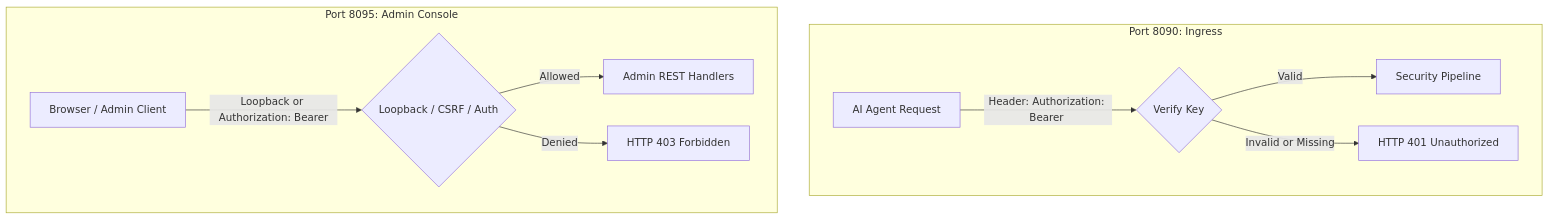
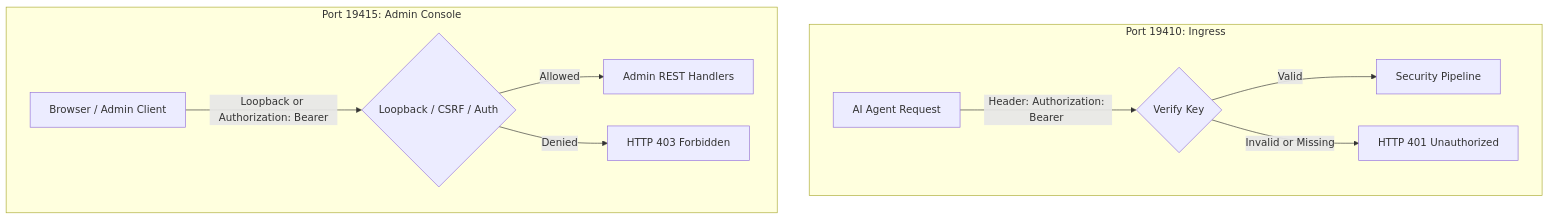
The diagram in docs/06-api-reference/overview.md (FaradAiLab/FaradAiWire), drawn with Mermaid before and after one commit. The commit also changed other lines of this file and 72 other files, not shown here.

````diff
--- a/docs/06-api-reference/overview.md
+++ b/docs/06-api-reference/overview.md
@@ -17,14 +17,14 @@
 ```mermaid
 graph TD
-    subgraph Agent Port [Port 8090: Ingress]
+    subgraph Agent Port [Port 19410: Ingress]
         A["AI Agent Request"] -->|"Header: Authorization: Bearer <API_KEY>"| V1{"Verify Key"}
         V1 -->|"Valid"| Pipeline["Security Pipeline"]
         V1 -->|"Invalid or Missing"| E401["HTTP 401 Unauthorized"]
     end
 
-    subgraph Admin Port [Port 8095: Admin Console]
+    subgraph Admin Port [Port 19415: Admin Console]
         Admin["Browser / Admin Client"] -->|"Loopback or Authorization: Bearer"| V2{"Loopback / CSRF / Auth"}
         V2 -->|"Allowed"| AdminAPI["Admin REST Handlers"]
         V2 -->|"Denied"| E403["HTTP 403 Forbidden"]
     end
 ```
````
